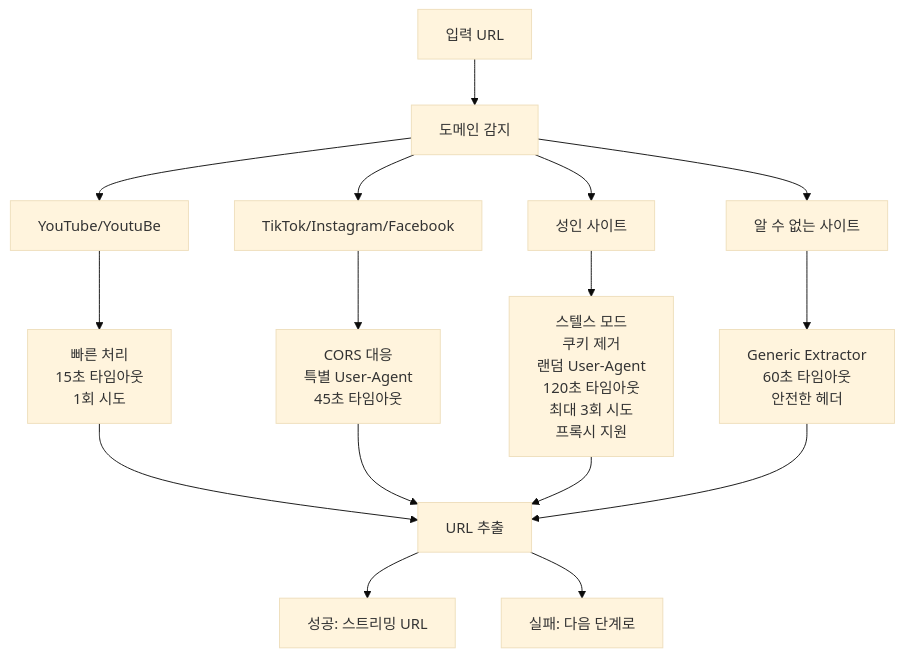
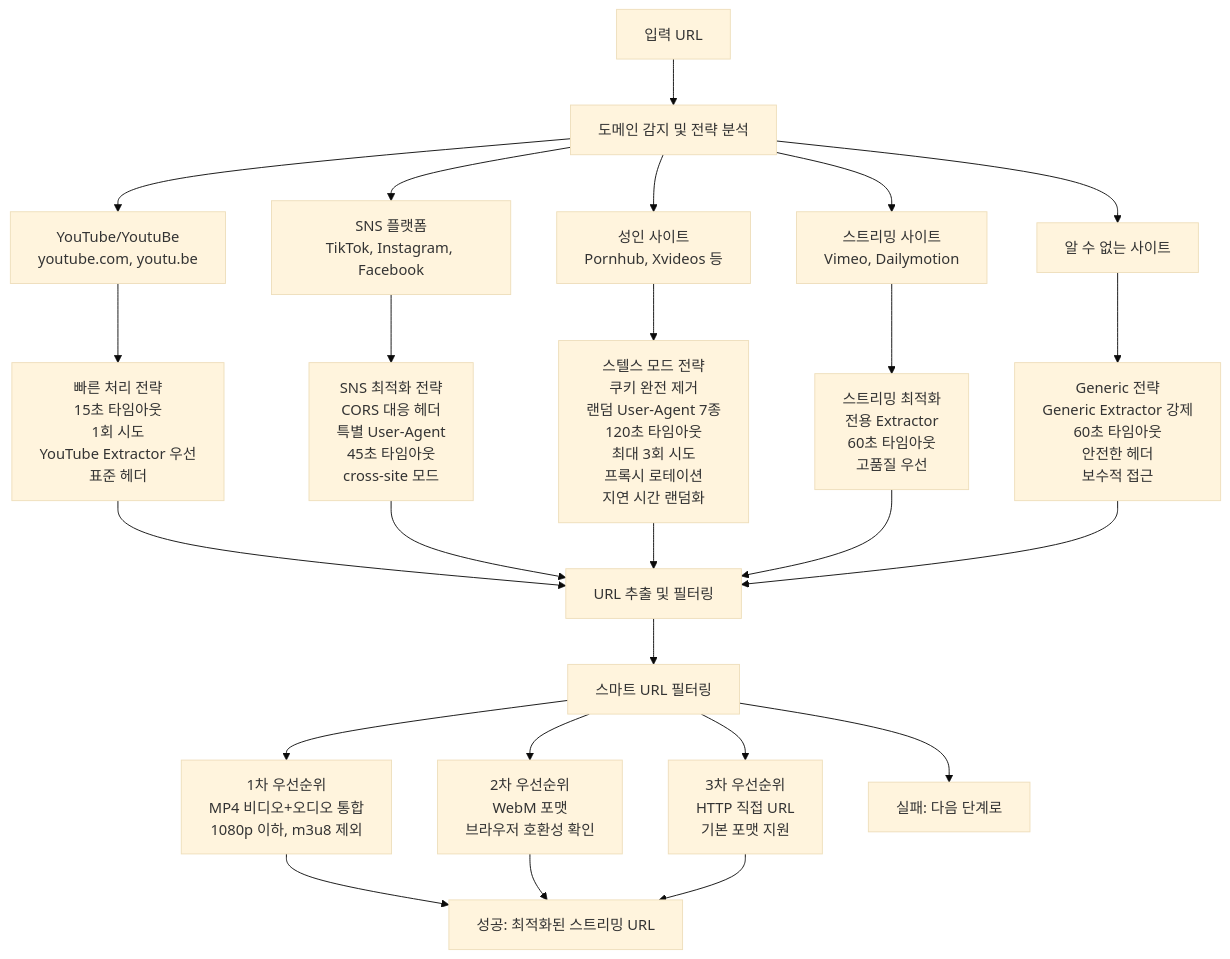
Before and after one commit to raphaelIl/dl-test: the third of 5 diagrams in README.md, drawn with Mermaid (base theme). The commit also changed other lines of this file, not shown here.

````diff
--- a/README.md
+++ b/README.md
@@ -227,25 +260,37 @@
 ```mermaid
 flowchart TD
-    URL[입력 URL] --> DETECT[도메인 감지]
+    URL[입력 URL] --> DETECT[도메인 감지 및 전략 분석]
     
-    DETECT --> YT[YouTube/YoutuBe]
-    DETECT --> SOCIAL[TikTok/Instagram/Facebook]
-    DETECT --> ADULT[성인 사이트]
+    DETECT --> YT[YouTube/YoutuBe<br/>youtube.com, youtu.be]
+    DETECT --> SOCIAL[SNS 플랫폼<br/>TikTok, Instagram, Facebook]
+    DETECT --> ADULT[성인 사이트<br/>Pornhub, Xvideos 등]
+    DETECT --> STREAM[스트리밍 사이트<br/>Vimeo, Dailymotion]
     DETECT --> UNKNOWN[알 수 없는 사이트]
     
-    YT --> YT_STRATEGY[빠른 처리<br/>15초 타임아웃<br/>1회 시도]
+    YT --> YT_STRATEGY[빠른 처리 전략<br/>15초 타임아웃<br/>1회 시도<br/>YouTube Extractor 우선<br/>표준 헤더]
     
-    SOCIAL --> SOCIAL_STRATEGY[CORS 대응<br/>특별 User-Agent<br/>45초 타임아웃]
+    SOCIAL --> SOCIAL_STRATEGY[SNS 최적화 전략<br/>CORS 대응 헤더<br/>특별 User-Agent<br/>45초 타임아웃<br/>cross-site 모드]
     
-    ADULT --> ADULT_STRATEGY[스텔스 모드<br/>쿠키 제거<br/>랜덤 User-Agent<br/>120초 타임아웃<br/>최대 3회 시도<br/>프록시 지원]
+    ADULT --> ADULT_STRATEGY[스텔스 모드 전략<br/>쿠키 완전 제거<br/>랜덤 User-Agent 7종<br/>120초 타임아웃<br/>최대 3회 시도<br/>프록시 로테이션<br/>지연 시간 랜덤화]
     
-    UNKNOWN --> UNKNOWN_STRATEGY[Generic Extractor<br/>60초 타임아웃<br/>안전한 헤더]
+    STREAM --> STREAM_STRATEGY[스트리밍 최적화<br/>전용 Extractor<br/>60초 타임아웃<br/>고품질 우선]
     
-    YT_STRATEGY --> EXTRACT[URL 추출]
+    UNKNOWN --> UNKNOWN_STRATEGY[Generic 전략<br/>Generic Extractor 강제<br/>60초 타임아웃<br/>안전한 헤더<br/>보수적 접근]
+    
+    YT_STRATEGY --> EXTRACT[URL 추출 및 필터링]
     SOCIAL_STRATEGY --> EXTRACT
     ADULT_STRATEGY --> EXTRACT
+    STREAM_STRATEGY --> EXTRACT
     UNKNOWN_STRATEGY --> EXTRACT
     
-    EXTRACT --> SUCCESS[성공: 스트리밍 URL]
-    EXTRACT --> FAIL[실패: 다음 단계로]
+    EXTRACT --> FILTER[스마트 URL 필터링]
+    
+    FILTER --> PRIORITY1[1차 우선순위<br/>MP4 비디오+오디오 통합<br/>1080p 이하, m3u8 제외]
+    FILTER --> PRIORITY2[2차 우선순위<br/>WebM 포맷<br/>브라우저 호환성 확인]
+    FILTER --> PRIORITY3[3차 우선순위<br/>HTTP 직접 URL<br/>기본 포맷 지원]
+    
+    PRIORITY1 --> SUCCESS[성공: 최적화된 스트리밍 URL]
+    PRIORITY2 --> SUCCESS
+    PRIORITY3 --> SUCCESS
+    FILTER --> FAIL[실패: 다음 단계로]
 ```
````
